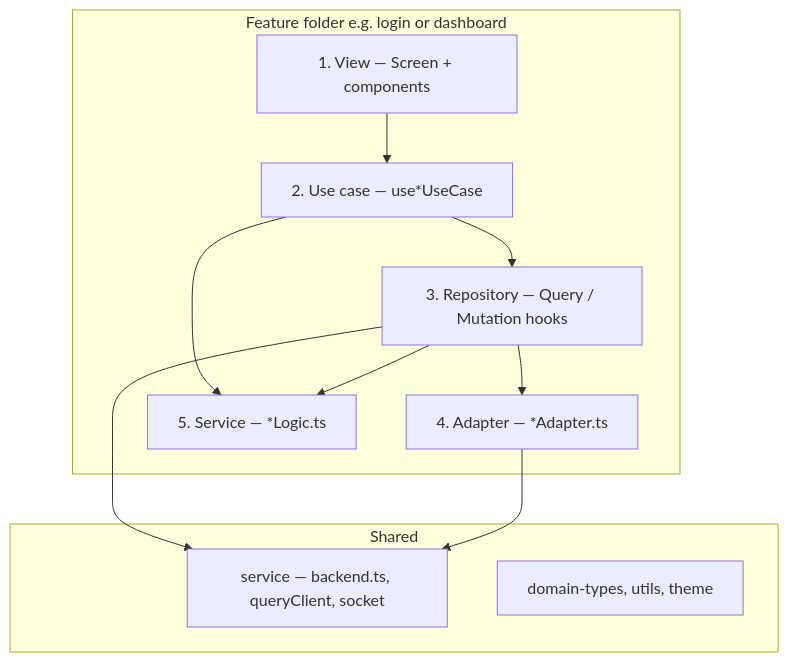
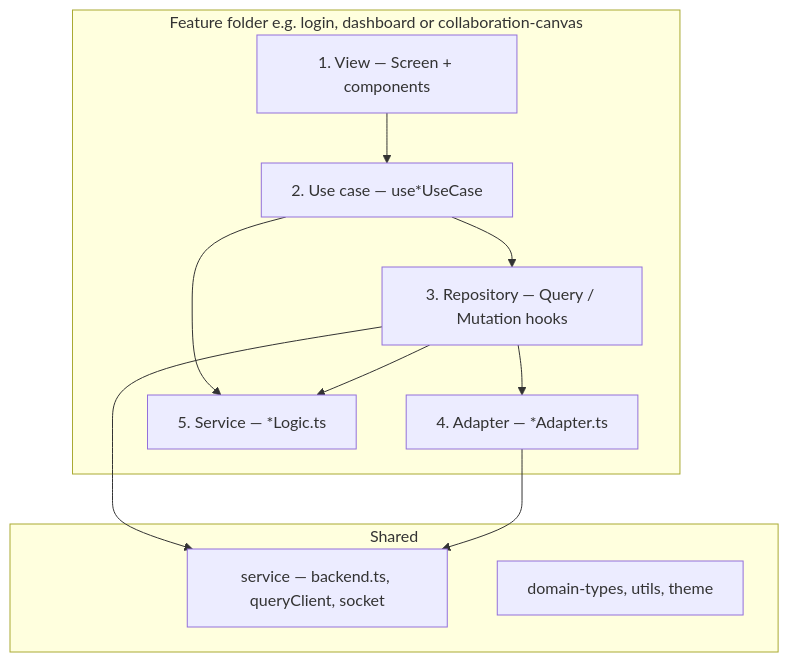
One commit to wizzywit/wired changed the diagram in wired-frontend/README.md. Above: the diagram before and after it, drawn with Mermaid.

Commit message:
improved frontend readme

````diff
--- a/wired-frontend/README.md
+++ b/wired-frontend/README.md
@@ -47,23 +47,23 @@
 ```mermaid
 flowchart TB
-  subgraph feature [Feature folder e.g. login or dashboard]
+  subgraph feature [Feature folder e.g. login, dashboard or collaboration-canvas]
     V[1. View — Screen + components]
     UC[2. Use case — use*UseCase]
     R[3. Repository — Query / Mutation hooks]
     A[4. Adapter — *Adapter.ts]
     S[5. Service — *Logic.ts]
   end
 
   subgraph shared [Shared]
     SVC[service — backend.ts, queryClient, socket]
     DOM[domain-types, utils, theme]
   end
 
   V --> UC
   UC --> R
   UC --> S
   R --> S
   R --> A
   R --> SVC
   A --> SVC
 ```
````
